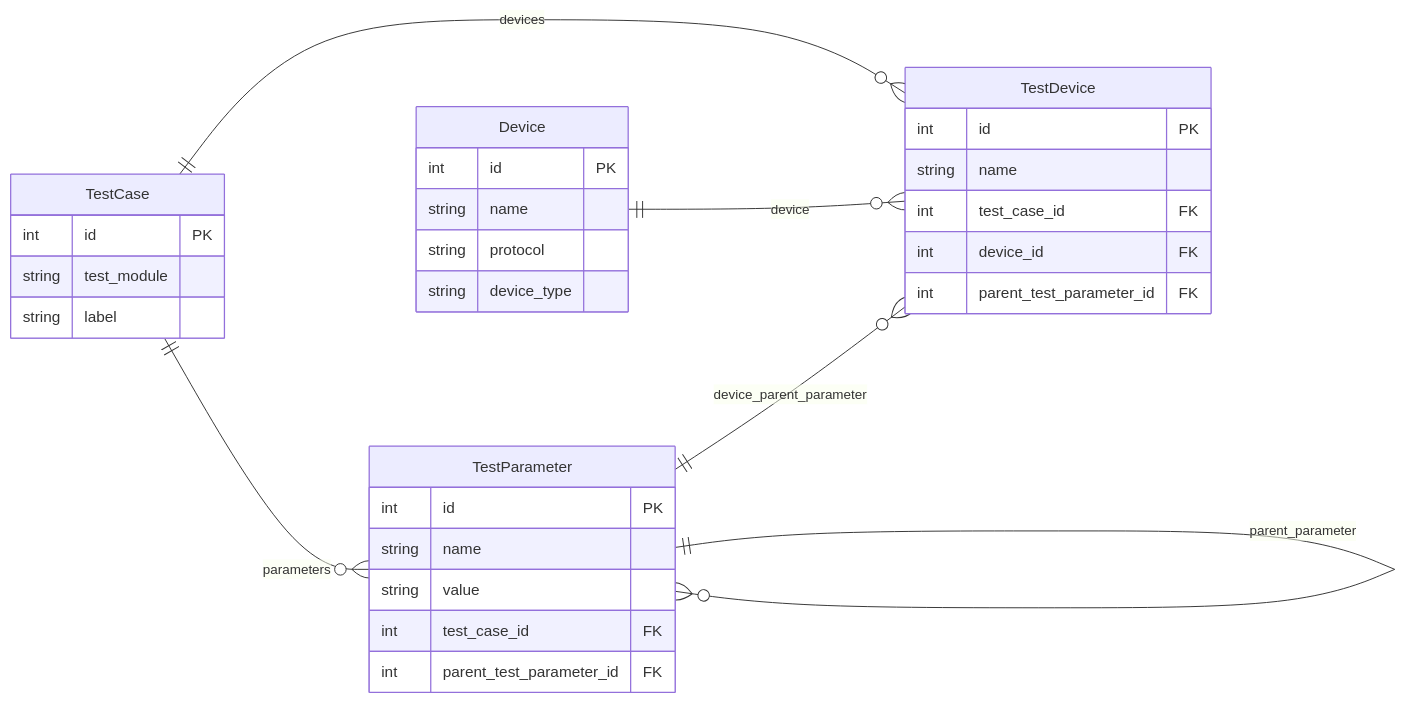
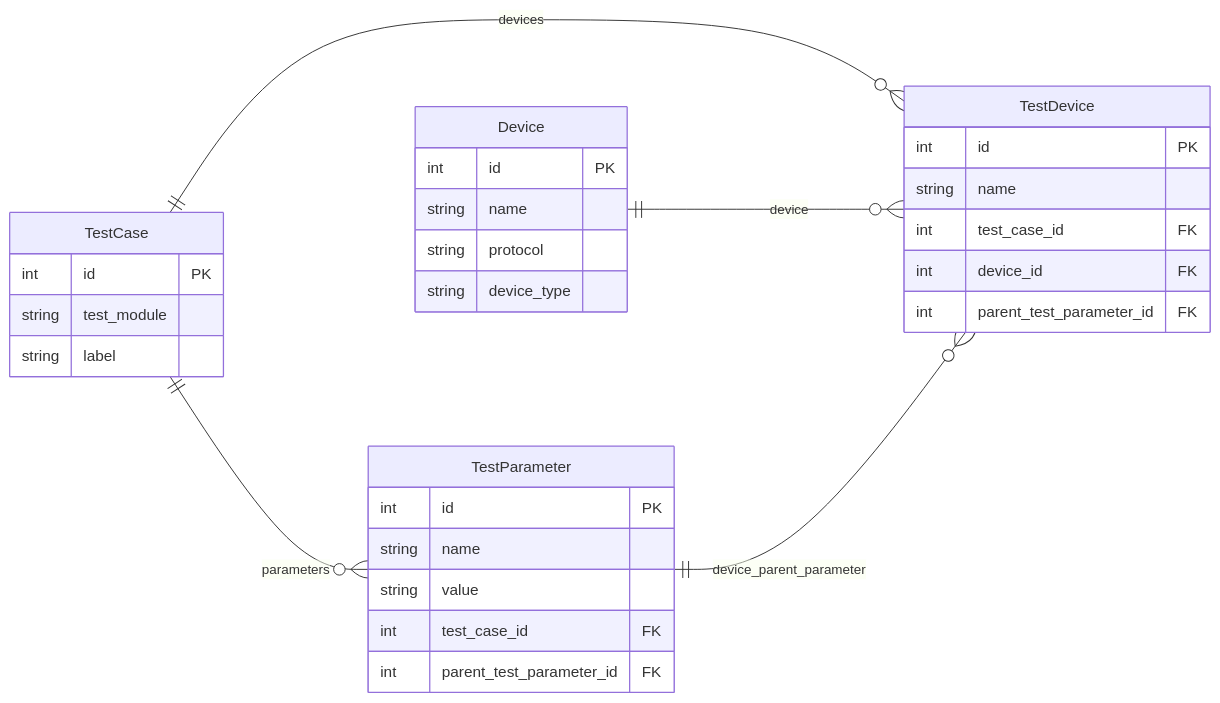
The diagram in assets/erd_struktur.mmd (DiagNet/Buch), drawn with Mermaid before and after one commit. The commit also changed 3 other files, not shown here.

```diff
--- a/assets/erd_struktur.mmd
+++ b/assets/erd_struktur.mmd
@@ -1,33 +1,33 @@
 erDiagram
     direction LR
     Device {
         int id PK
         string name
         string protocol
         string device_type
     }
     TestCase {
         int id PK
         string test_module
         string label
     }
     TestDevice {
         int id PK
         string name
         int test_case_id FK
         int device_id FK
         int parent_test_parameter_id FK
     }
     TestParameter {
         int id PK
         string name
         string value
         int test_case_id FK
         int parent_test_parameter_id FK
     }
 
     TestCase ||--o{ TestDevice : "devices"
     TestCase ||--o{ TestParameter : "parameters"
     Device ||--o{ TestDevice : "device"
-    TestParameter ||--o{ TestParameter : "parent_parameter"
+    %% TestParameter ||--o{ TestParameter : "parent_parameter"
     TestParameter ||--o{ TestDevice : "device_parent_parameter"
```
